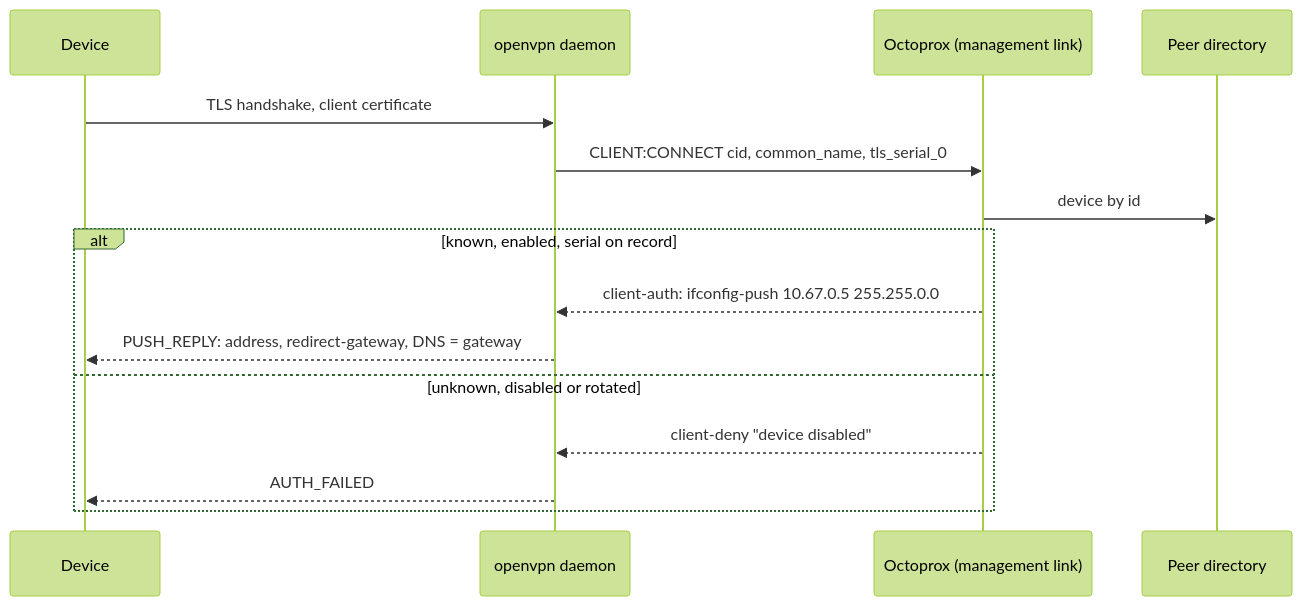
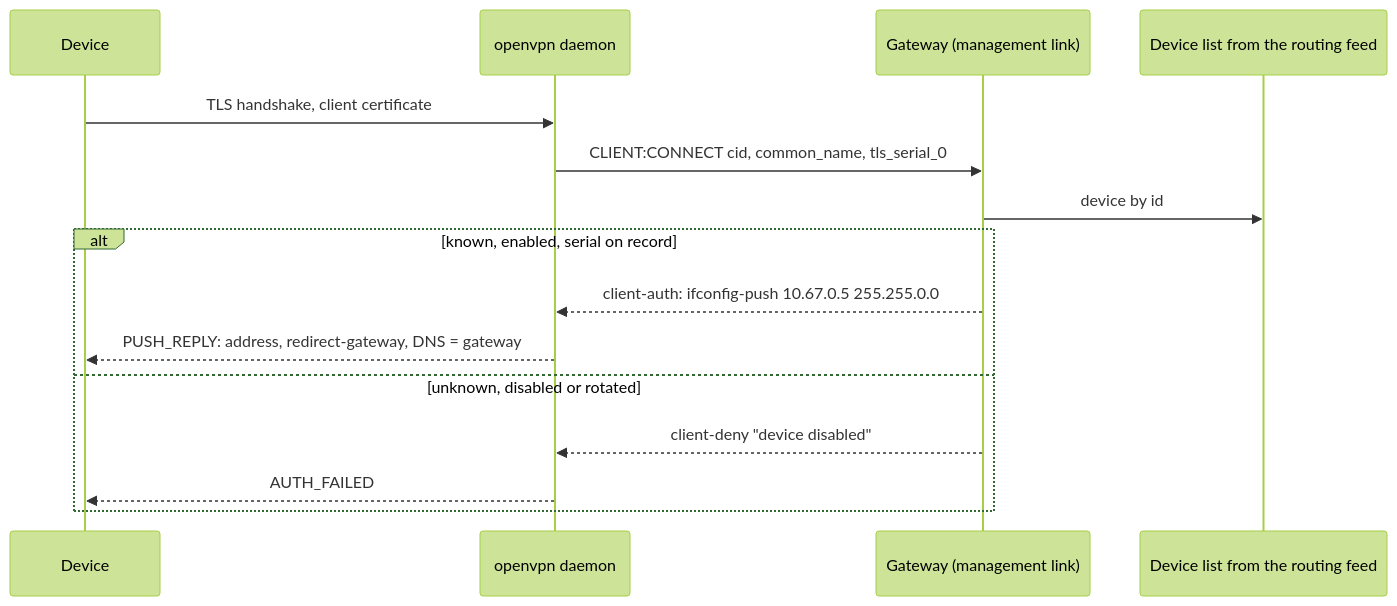
The diagram in docs/openvpn.md (octoprox/octoprox), drawn with Mermaid (forest theme) before and after one commit. The commit also changed other lines of this file and 467 other files, not shown here.

````diff
--- a/docs/openvpn.md
+++ b/docs/openvpn.md
@@ -38,17 +38,17 @@
 ```mermaid
 sequenceDiagram
     participant D as Device
     participant O as openvpn daemon
-    participant M as Octoprox (management link)
-    participant P as Peer directory
+    participant M as Gateway (management link)
+    participant P as Device list from the routing feed
     D->>O: TLS handshake, client certificate
     O->>M: CLIENT:CONNECT cid, common_name, tls_serial_0
     M->>P: device by id
     alt known, enabled, serial on record
         M-->>O: client-auth: ifconfig-push 10.67.0.5 255.255.0.0
         O-->>D: PUSH_REPLY: address, redirect-gateway, DNS = gateway
     else unknown, disabled or rotated
         M-->>O: client-deny "device disabled"
         O-->>D: AUTH_FAILED
     end
 ```
````
